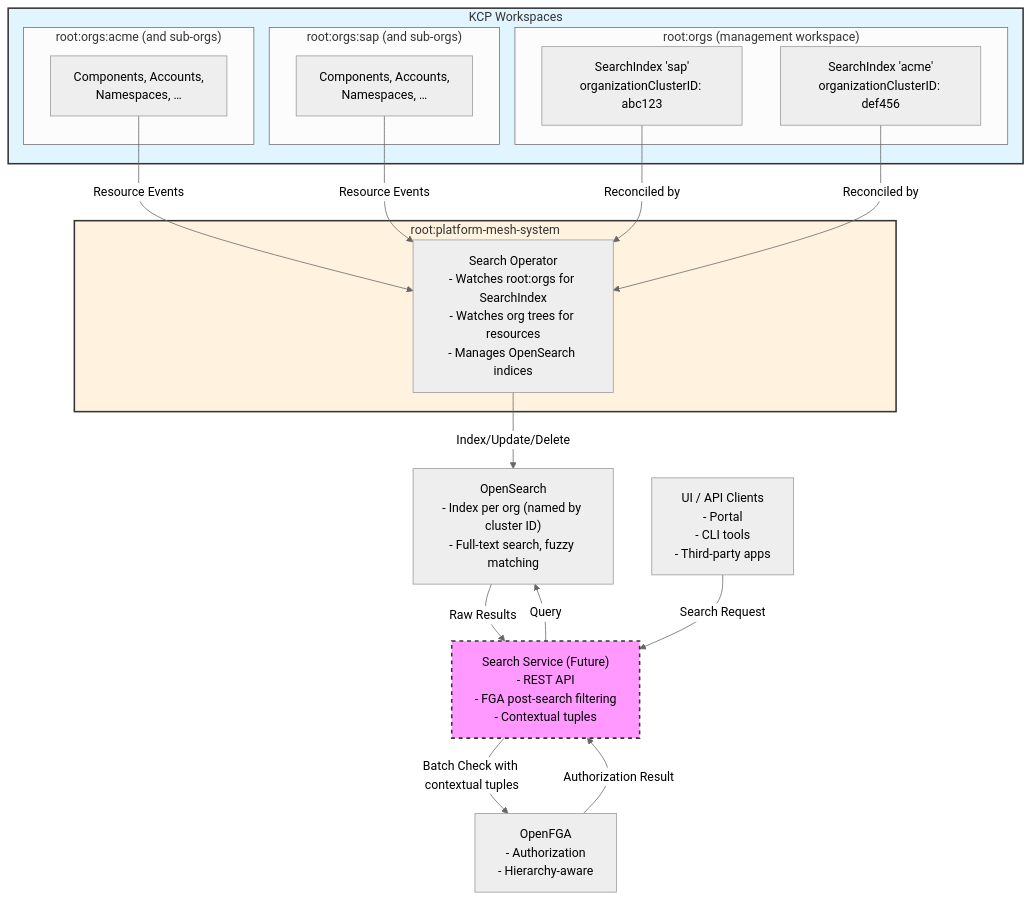
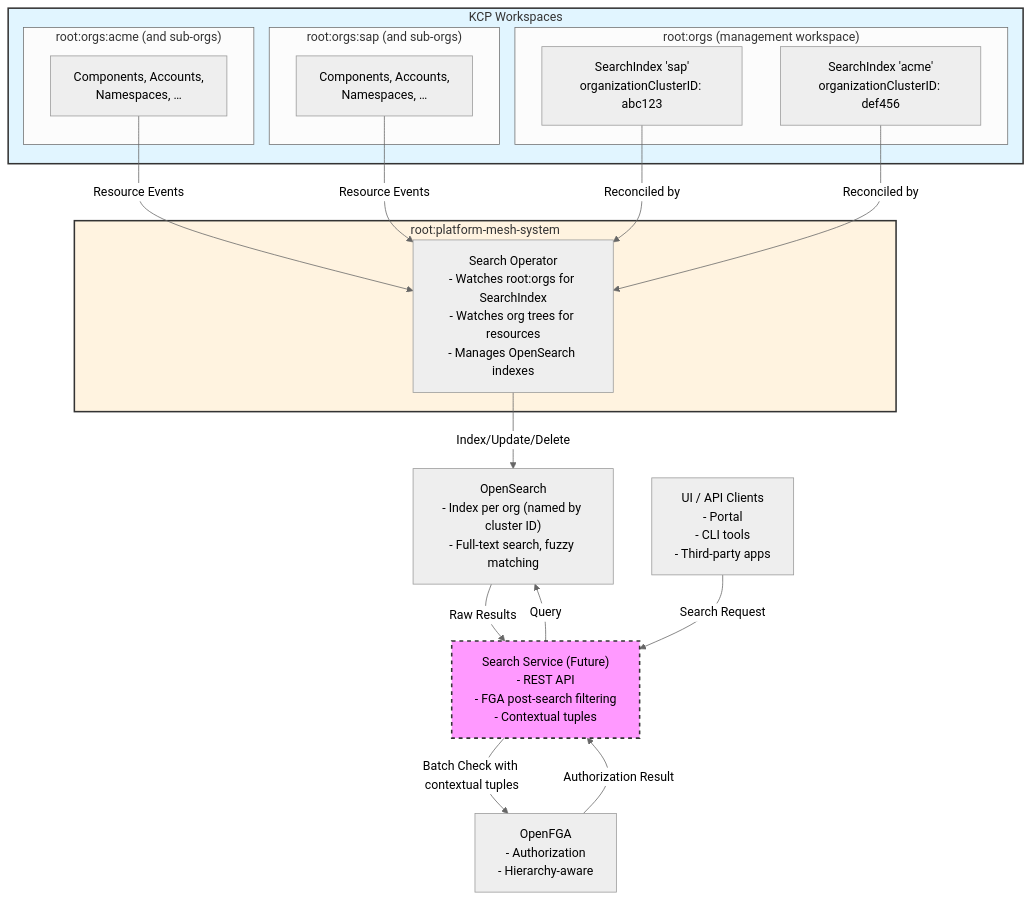
Before and after one commit to platform-mesh/architecture: the diagram in rfc/rfc-001-search-architecture.md, drawn with Mermaid (neutral theme). The commit also changed other lines of this file and 1 other file, not shown here.

````diff
--- a/rfc/rfc-001-search-architecture.md
+++ b/rfc/rfc-001-search-architecture.md
@@ -61,39 +61,39 @@
 ```mermaid
 graph TB
     subgraph KCP["KCP Workspaces"]
         subgraph OrgsWS["root:orgs (management workspace)"]
             SISap["SearchIndex 'sap'<br/>organizationClusterID: abc123"]
             SIAcme["SearchIndex 'acme'<br/>organizationClusterID: def456"]
         end
         subgraph OrgSAP["root:orgs:sap (and sub-orgs)"]
             SAPRes["Components, Accounts,<br/>Namespaces, …"]
         end
         subgraph OrgACME["root:orgs:acme (and sub-orgs)"]
             ACMERes["Components, Accounts,<br/>Namespaces, …"]
         end
     end
 
     subgraph PMS["root:platform-mesh-system"]
-        SearchOp["Search Operator<br/>- Watches root:orgs for SearchIndex<br/>- Watches org trees for resources<br/>- Manages OpenSearch indices"]
+        SearchOp["Search Operator<br/>- Watches root:orgs for SearchIndex<br/>- Watches org trees for resources<br/>- Manages OpenSearch indexes"]
     end
 
     OpenSearch["OpenSearch<br/>- Index per org (named by cluster ID)<br/>- Full-text search, fuzzy matching"]
     SearchService["Search Service (Future)<br/>- REST API<br/>- FGA post-search filtering<br/>- Contextual tuples"]
     Clients["UI / API Clients<br/>- Portal<br/>- CLI tools<br/>- Third-party apps"]
     FGA["OpenFGA<br/>- Authorization<br/>- Hierarchy-aware"]
 
     SISap -->|Reconciled by| SearchOp
     SIAcme -->|Reconciled by| SearchOp
     SAPRes -->|Resource Events| SearchOp
     ACMERes -->|Resource Events| SearchOp
     SearchOp -->|Index/Update/Delete| OpenSearch
     SearchService -->|Query| OpenSearch
     OpenSearch -->|Raw Results| SearchService
     SearchService -->|Batch Check with contextual tuples| FGA
     FGA -->|Authorization Result| SearchService
     Clients -->|Search Request| SearchService
 
     style SearchService fill:#f9f,stroke:#333,stroke-width:2px,stroke-dasharray: 5 5
     style KCP fill:#e1f5ff,stroke:#333,stroke-width:2px
     style PMS fill:#fff3e0,stroke:#333,stroke-width:2px
 ```
````
